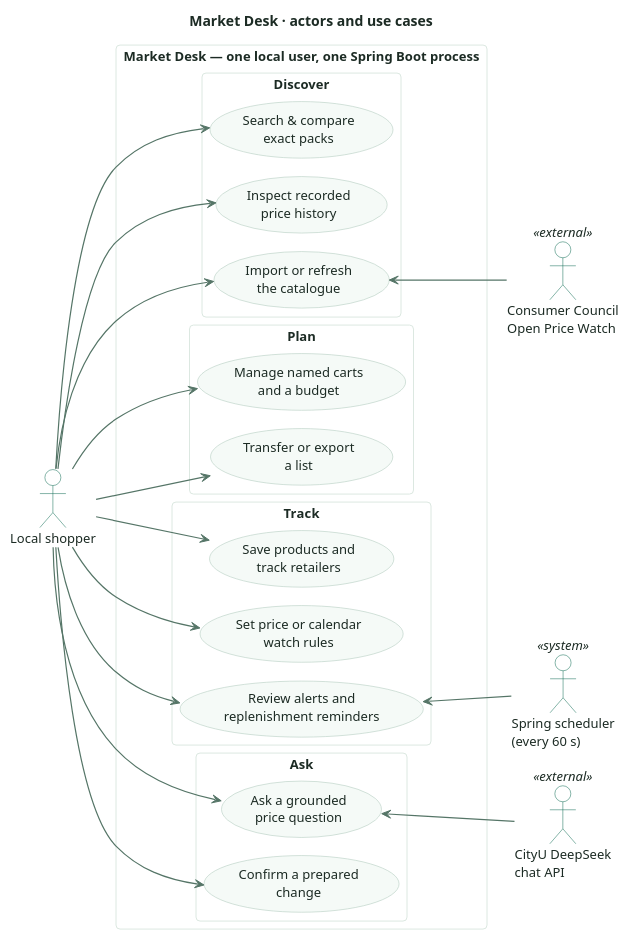
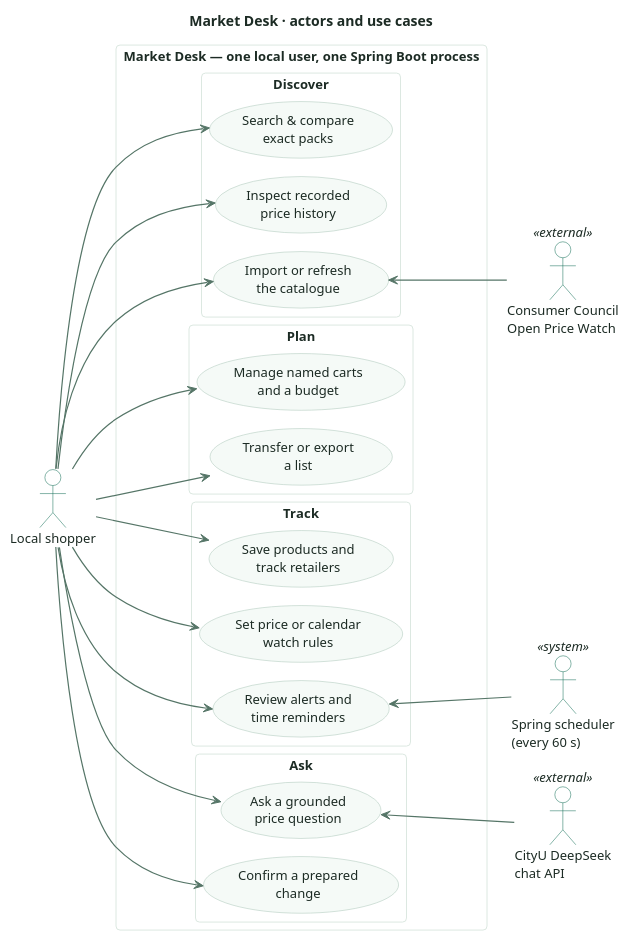
Before and after one commit to LamHeiKit230208993/CS3383-Project: the diagram in docs/guide/system-guide/diagrams/use-case.puml, drawn with PlantUML. The commit also changed 42 other files, not shown here.

```diff
--- a/docs/guide/system-guide/diagrams/use-case.puml
+++ b/docs/guide/system-guide/diagrams/use-case.puml
@@ -1,67 +1,67 @@
 @startuml
 left to right direction
 !pragma layout smetana
 skinparam backgroundColor transparent
 skinparam defaultFontName "Segoe UI"
 skinparam defaultFontSize 13
 skinparam defaultFontColor #1C2B24
 skinparam shadowing false
 skinparam roundcorner 8
 skinparam arrowColor #557567
 skinparam arrowThickness 1.2
 skinparam actorBackgroundColor #FFFFFF
 skinparam actorBorderColor #0C6B53
 skinparam actorFontColor #1C2B24
 skinparam usecaseBackgroundColor #F5FAF7
 skinparam usecaseBorderColor #A9C4B6
 skinparam usecaseFontColor #1C2B24
 skinparam packageStyle rectangle
 skinparam packageBackgroundColor #FFFFFF
 skinparam packageBorderColor #DCE8E1
 skinparam packageFontColor #0C6B53
 skinparam packageFontSize 14
 
 title Market Desk · actors and use cases
 
 actor "Local shopper" as Shopper
 
 rectangle "Market Desk — one local user, one Spring Boot process" {
   package "Discover" {
     usecase "Search & compare\nexact packs" as U1
     usecase "Inspect recorded\nprice history" as U2
     usecase "Import or refresh\nthe catalogue" as U3
   }
   package "Plan" {
     usecase "Manage named carts\nand a budget" as U4
     usecase "Transfer or export\na list" as U5
   }
   package "Track" {
     usecase "Save products and\ntrack retailers" as U6
     usecase "Set price or calendar\nwatch rules" as U7
-    usecase "Review alerts and\nreplenishment reminders" as U8
+    usecase "Review alerts and\ntime reminders" as U8
   }
   package "Ask" {
     usecase "Ask a grounded\nprice question" as U9
     usecase "Confirm a prepared\nchange" as U10
   }
 }
 
 actor "Consumer Council\nOpen Price Watch" as Feed <<external>>
 actor "CityU DeepSeek\nchat API" as LLM <<external>>
 actor "Spring scheduler\n(every 60 s)" as Timer <<system>>
 
 Shopper --> U1
 Shopper --> U2
 Shopper --> U3
 Shopper --> U4
 Shopper --> U5
 Shopper --> U6
 Shopper --> U7
 Shopper --> U8
 Shopper --> U9
 Shopper --> U10
 U3 <-- Feed
 U9 <-- LLM
 U8 <-- Timer
 
 @enduml
```
